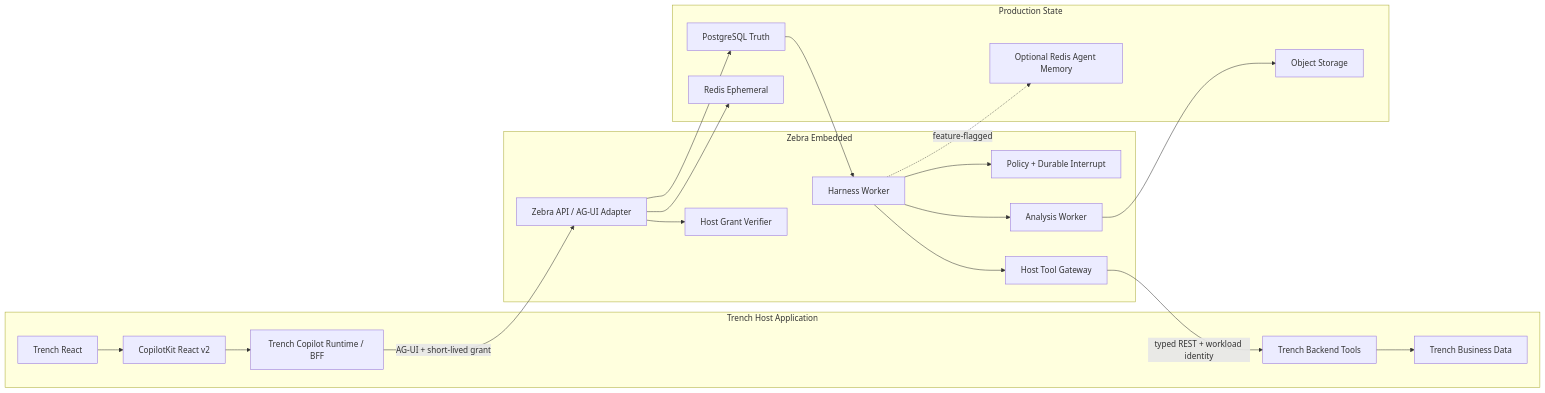
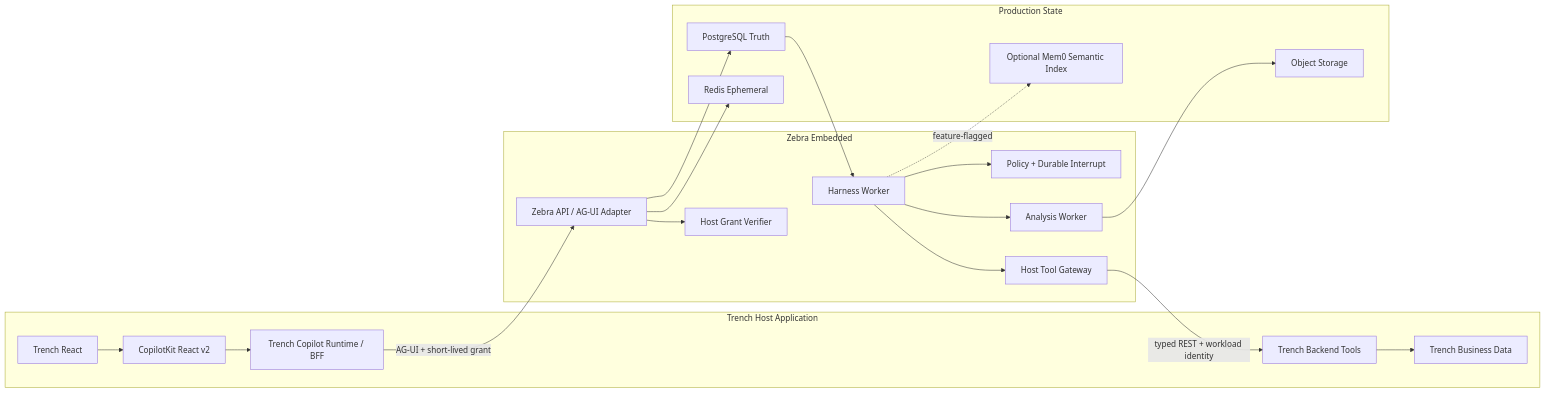
The diagram in docs/Zebra Embedded 生产级目标架构.md (LogicStormINC/zebra), drawn with Mermaid before and after one commit. The commit also changed other lines of this file and 15 other files, not shown here.

````diff
--- a/docs/Zebra Embedded 生产级目标架构.md
+++ b/docs/Zebra Embedded 生产级目标架构.md
@@ -75,41 +75,41 @@
 ```mermaid
 flowchart LR
     subgraph HOST["Trench Host Application"]
         UI["Trench React"]
         CPK["CopilotKit React v2"]
         BFF["Trench Copilot Runtime / BFF"]
         TB["Trench Backend Tools"]
         DATA["Trench Business Data"]
     end
 
     subgraph ZEBRA["Zebra Embedded"]
         API["Zebra API / AG-UI Adapter"]
         AUTH["Host Grant Verifier"]
         WORKER["Harness Worker"]
         POLICY["Policy + Durable Interrupt"]
         GATEWAY["Host Tool Gateway"]
         ANALYSIS["Analysis Worker"]
     end
 
     subgraph STATE["Production State"]
         PG["PostgreSQL Truth"]
         REDIS["Redis Ephemeral"]
         S3["Object Storage"]
-        MEMORY["Optional Redis Agent Memory"]
+        MEMORY["Optional Mem0 Semantic Index"]
     end
 
     UI --> CPK
     CPK --> BFF
     BFF -->|"AG-UI + short-lived grant"| API
     API --> AUTH
     API --> PG
     API --> REDIS
     PG --> WORKER
     WORKER --> POLICY
     WORKER --> GATEWAY
     GATEWAY -->|"typed REST + workload identity"| TB
     TB --> DATA
     WORKER --> ANALYSIS
     ANALYSIS --> S3
     WORKER -. "feature-flagged" .-> MEMORY
 ```
````
